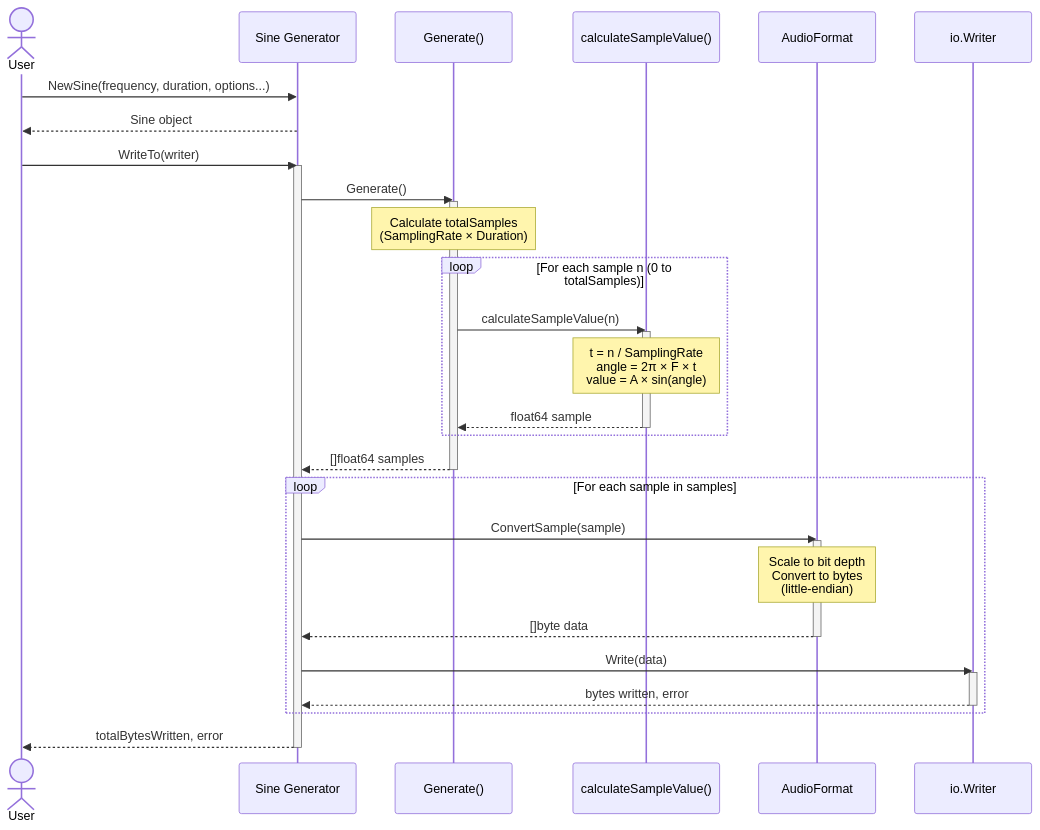
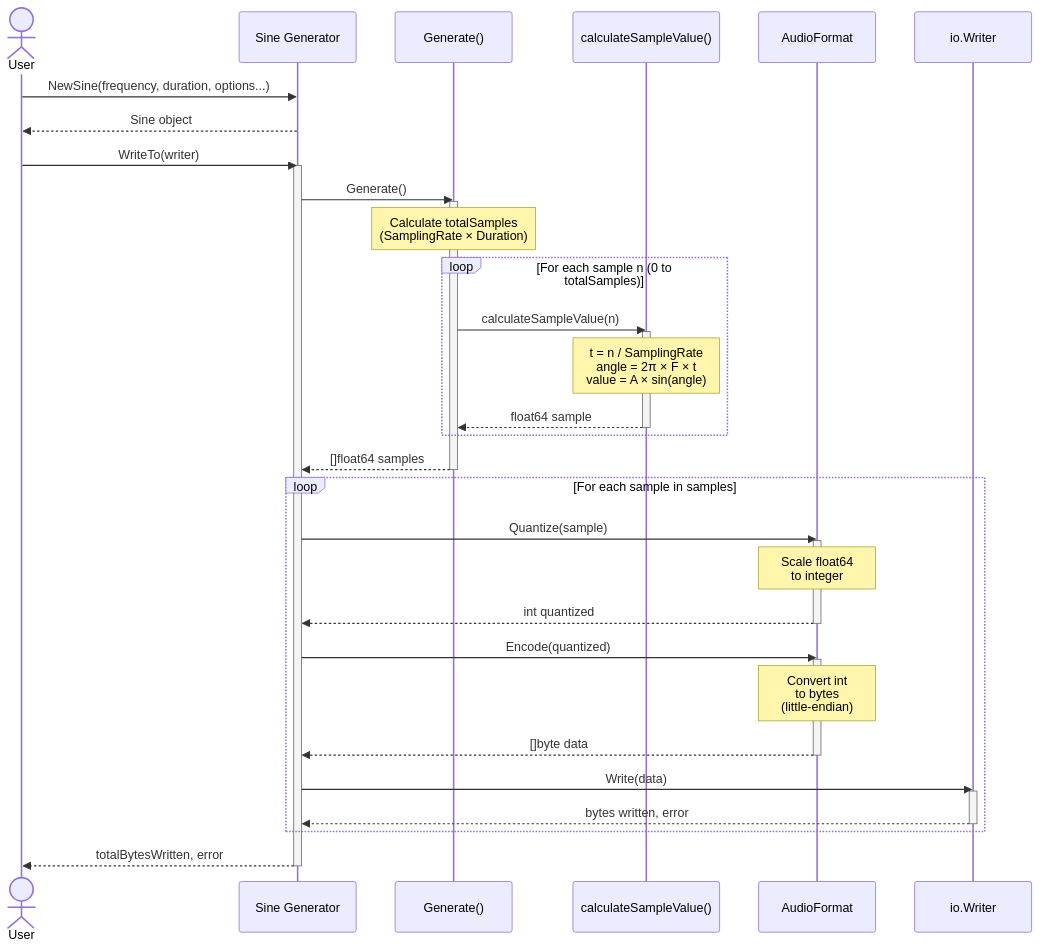
The diagram in README.md (ECecillo/lib.go.sound), drawn with Mermaid before and after one commit. The commit also changed 5 other files, not shown here.

````diff
--- a/README.md
+++ b/README.md
@@ -46,47 +46,53 @@
 ```mermaid
 sequenceDiagram
     actor User
     participant Sine as Sine Generator
     participant Gen as Generate()
     participant Calc as calculateSampleValue()
     participant Format as AudioFormat
     participant Writer as io.Writer
 
     User->>Sine: NewSine(frequency, duration, options...)
     Sine-->>User: Sine object
 
     User->>Sine: WriteTo(writer)
     activate Sine
 
     Sine->>Gen: Generate()
     activate Gen
 
     Note over Gen: Calculate totalSamples<br/>(SamplingRate × Duration)
 
     loop For each sample n (0 to totalSamples)
         Gen->>Calc: calculateSampleValue(n)
         activate Calc
         Note over Calc: t = n / SamplingRate<br/>angle = 2π × F × t<br/>value = A × sin(angle)
         Calc-->>Gen: float64 sample
         deactivate Calc
     end
 
     Gen-->>Sine: []float64 samples
     deactivate Gen
 
     loop For each sample in samples
-        Sine->>Format: ConvertSample(sample)
+        Sine->>Format: Quantize(sample)
         activate Format
-        Note over Format: Scale to bit depth<br/>Convert to bytes<br/>(little-endian)
+        Note over Format: Scale float64<br/>to integer
+        Format-->>Sine: int quantized
+        deactivate Format
+
+        Sine->>Format: Encode(quantized)
+        activate Format
+        Note over Format: Convert int<br/>to bytes<br/>(little-endian)
         Format-->>Sine: []byte data
         deactivate Format
 
         Sine->>Writer: Write(data)
         activate Writer
         Writer-->>Sine: bytes written, error
         deactivate Writer
     end
 
     Sine-->>User: totalBytesWritten, error
     deactivate Sine
 ```
````
